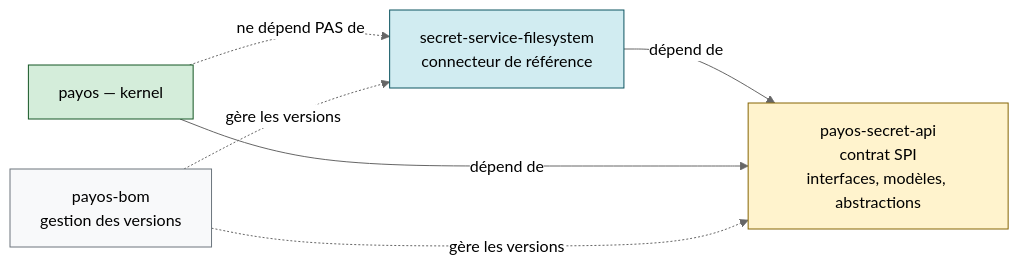
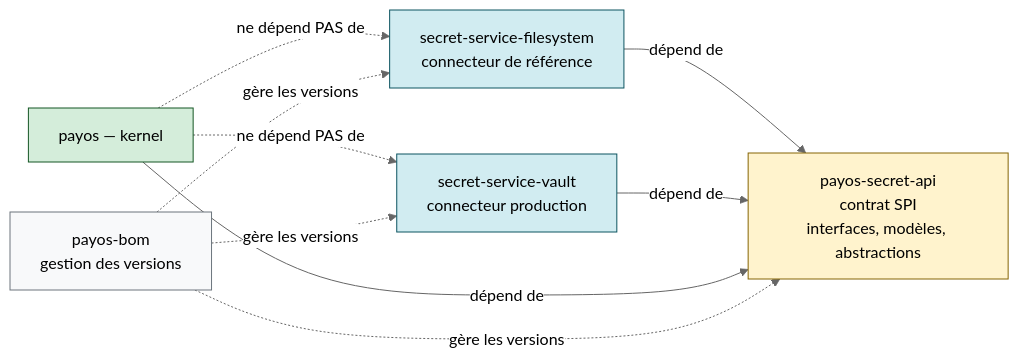
Diagram 13 of 13 in architecture/secret-provider-architecture.md (asebban/payos-docs), drawn with Mermaid (neutral theme) before and after one commit. The commit also changed other lines of this file and 16 other files, not shown here.

````diff
--- a/architecture/secret-provider-architecture.md
+++ b/architecture/secret-provider-architecture.md
@@ -847,18 +964,23 @@
 ```mermaid
 graph LR
     API["payos-secret-api\ncontrat SPI\ninterfaces, modèles, abstractions"]
     FS["secret-service-filesystem\nconnecteur de référence"]
+    VAULT["secret-service-vault\nconnecteur production"]
     KERNEL["payos — kernel"]
     BOM["payos-bom\ngestion des versions"]
 
     FS -->|"dépend de"| API
+    VAULT -->|"dépend de"| API
     KERNEL -->|"dépend de"| API
     KERNEL -. "ne dépend PAS de" .-> FS
+    KERNEL -. "ne dépend PAS de" .-> VAULT
     BOM -. "gère les versions" .-> API
     BOM -. "gère les versions" .-> FS
+    BOM -. "gère les versions" .-> VAULT
 
     style API fill:#fff3cd,stroke:#856404,color:#000
     style FS fill:#d1ecf1,stroke:#0c5460,color:#000
+    style VAULT fill:#d1ecf1,stroke:#0c5460,color:#000
     style KERNEL fill:#d4edda,stroke:#155724,color:#000
     style BOM fill:#f8f9fa,stroke:#6c757d,color:#000
 ```
````
